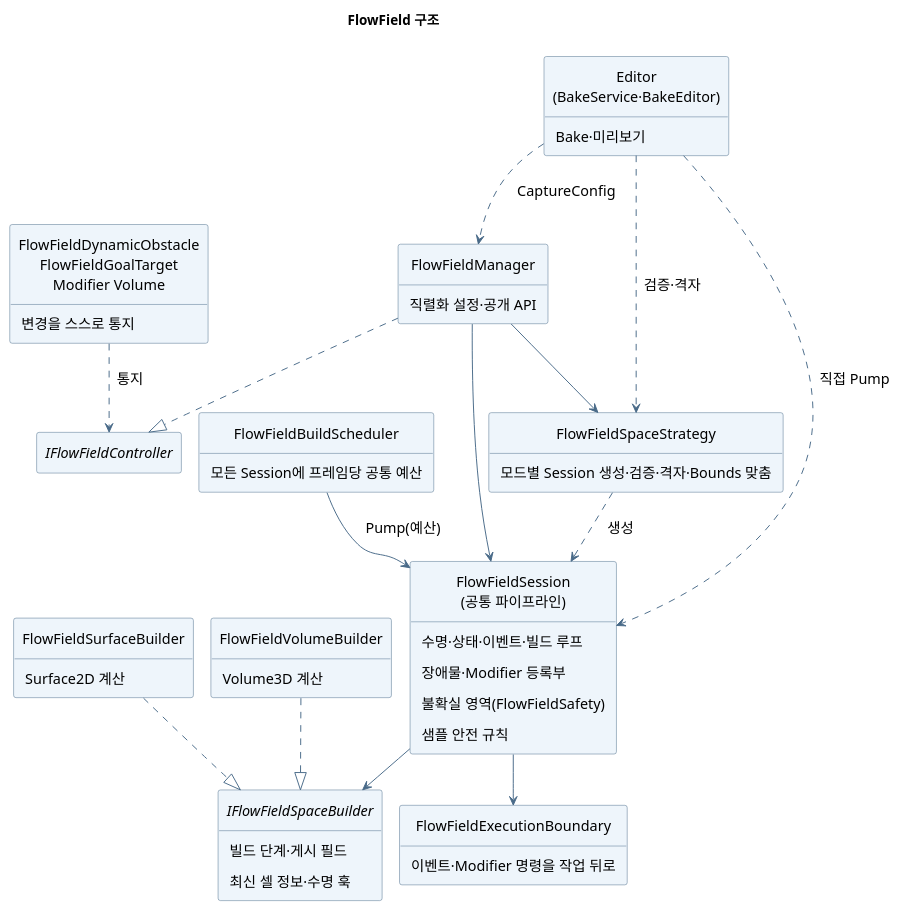
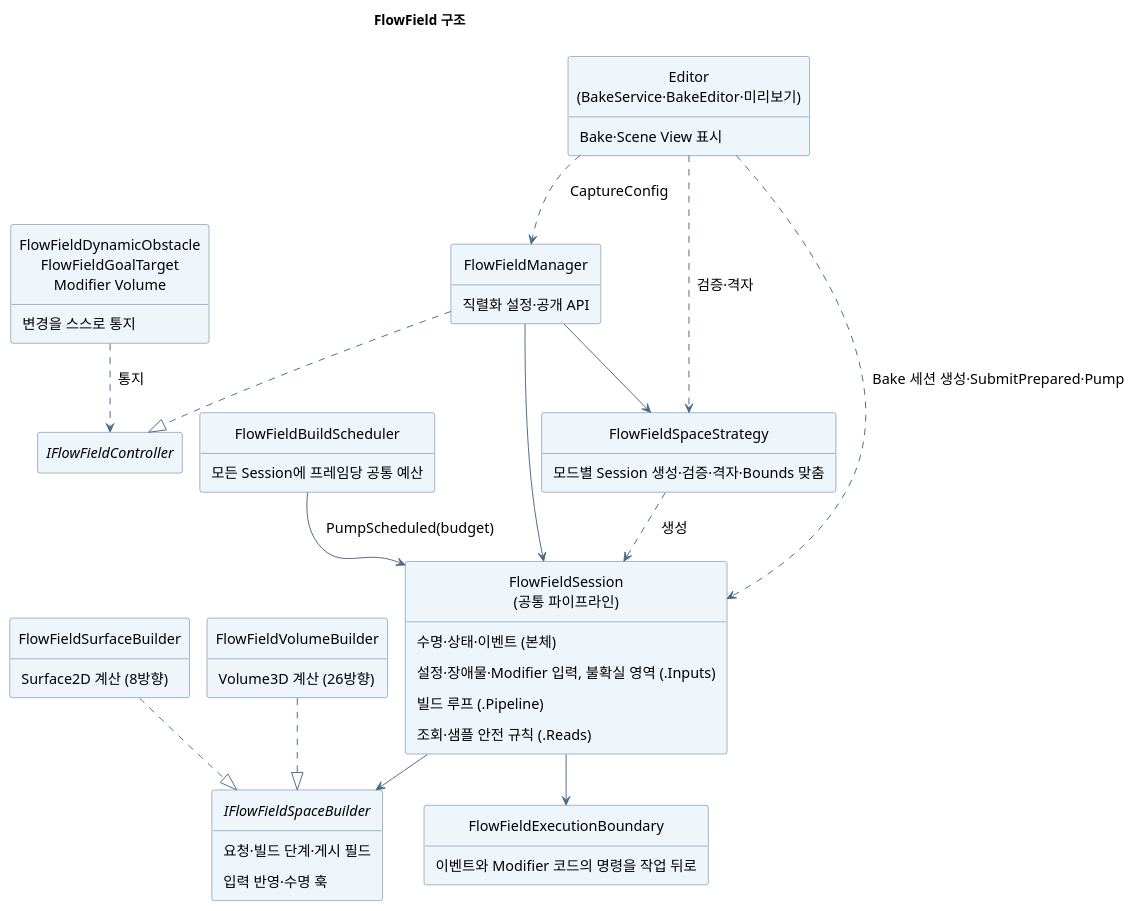
Before and after one commit to youwonsock/tool-unity-editor: the diagram in ToyProject/Assets/_FlowField/Docs/flowfield-structure.puml, drawn with PlantUML. The commit also changed 7 other files, not shown here.

```diff
--- a/ToyProject/Assets/_FlowField/Docs/flowfield-structure.puml
+++ b/ToyProject/Assets/_FlowField/Docs/flowfield-structure.puml
@@ -1,63 +1,63 @@
 @startuml flowfield-structure
 !pragma layout smetana
 skinparam shadowing false
 skinparam defaultFontName "Apple SD Gothic Neo"
 skinparam defaultFontSize 15
 skinparam ArrowColor #496A88
 skinparam Padding 6
 skinparam classBackgroundColor #EEF5FB
 skinparam classBorderColor #496A88
 hide empty members
 hide circle
 title FlowField 구조
 
 class "FlowFieldDynamicObstacle\nFlowFieldGoalTarget\nModifier Volume" as Components {
   변경을 스스로 통지
 }
 interface "IFlowFieldController" as API
 class FlowFieldManager {
   직렬화 설정·공개 API
 }
 class FlowFieldSpaceStrategy {
   모드별 Session 생성·검증·격자·Bounds 맞춤
 }
 class "FlowFieldSession\n(공통 파이프라인)" as Session {
-  수명·상태·이벤트·빌드 루프
-  장애물·Modifier 등록부
-  {field} 불확실 영역(FlowFieldSafety)
-  샘플 안전 규칙
+  {field} 수명·상태·이벤트 (본체)
+  {field} 설정·장애물·Modifier 입력, 불확실 영역 (.Inputs)
+  {field} 빌드 루프 (.Pipeline)
+  {field} 조회·샘플 안전 규칙 (.Reads)
 }
 interface IFlowFieldSpaceBuilder {
-  빌드 단계·게시 필드
-  최신 셀 정보·수명 훅
+  요청·빌드 단계·게시 필드
+  입력 반영·수명 훅
 }
 class FlowFieldSurfaceBuilder {
-  Surface2D 계산
+  Surface2D 계산 (8방향)
 }
 class FlowFieldVolumeBuilder {
-  Volume3D 계산
+  Volume3D 계산 (26방향)
 }
 class FlowFieldBuildScheduler {
   모든 Session에 프레임당 공통 예산
 }
 class FlowFieldExecutionBoundary {
-  이벤트·Modifier 명령을 작업 뒤로
+  이벤트와 Modifier 코드의 명령을 작업 뒤로
 }
-class "Editor\n(BakeService·BakeEditor)" as Editor {
-  Bake·미리보기
+class "Editor\n(BakeService·BakeEditor·미리보기)" as Editor {
+  Bake·Scene View 표시
 }
 
 Components ..> API : 통지
 FlowFieldManager ..|> API
 FlowFieldManager --> FlowFieldSpaceStrategy
 FlowFieldSpaceStrategy ..> Session : 생성
 FlowFieldManager --> Session
 Session --> IFlowFieldSpaceBuilder
 FlowFieldSurfaceBuilder ..|> IFlowFieldSpaceBuilder
 FlowFieldVolumeBuilder ..|> IFlowFieldSpaceBuilder
-FlowFieldBuildScheduler --> Session : Pump(예산)
+FlowFieldBuildScheduler --> Session : PumpScheduled(budget)
 Session --> FlowFieldExecutionBoundary
 Editor ..> FlowFieldManager : CaptureConfig
 Editor ..> FlowFieldSpaceStrategy : 검증·격자
-Editor ..> Session : 직접 Pump
+Editor ..> Session : Bake 세션 생성·SubmitPrepared·Pump
 @enduml
```
